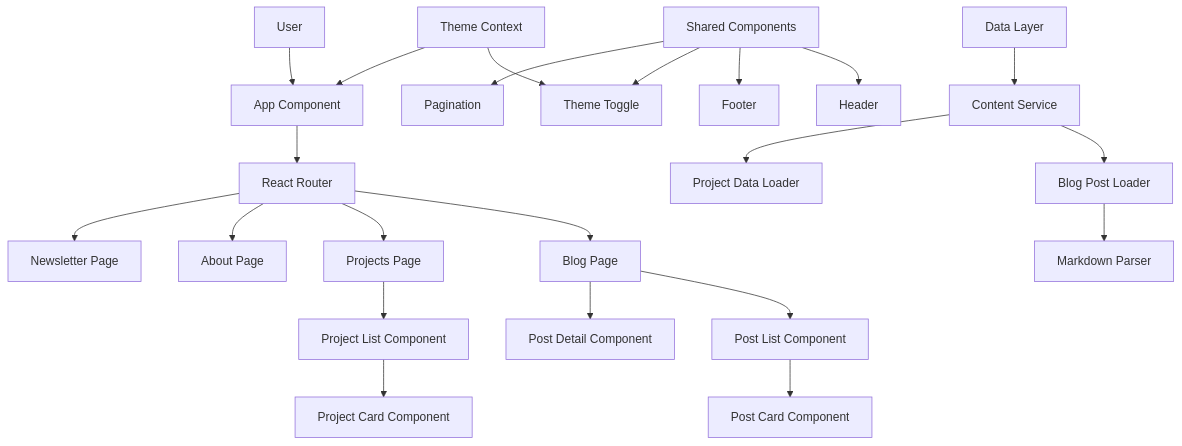
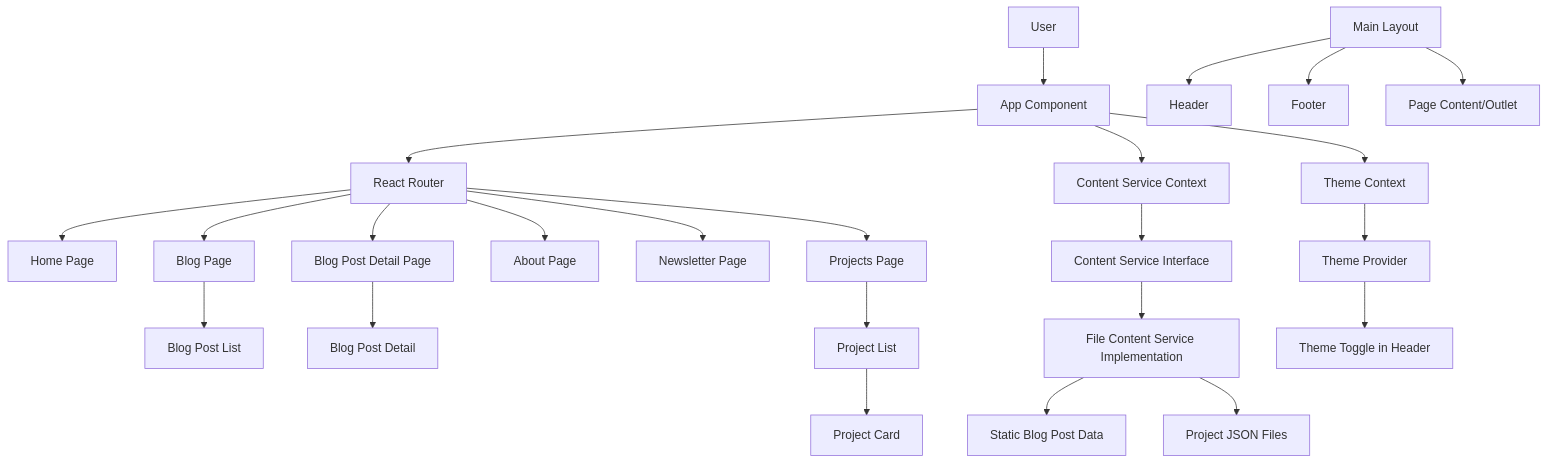
The first of 4 diagrams in memory-bank/systemPatterns.md (tatavarthiv/vijay-blog), drawn with Mermaid before and after one commit. The commit also changed other lines of this file and 25 other files, not shown here.

Commit message:
build generic card containers for blogs/projects, ui updates to match figma

````diff
--- a/memory-bank/systemPatterns.md
+++ b/memory-bank/systemPatterns.md
@@ -5,31 +5,33 @@
 ```mermaid
 graph TD
     User[User] --> App[App Component]
     App --> Router[React Router]
-    Router --> Blog[Blog Page]
-    Router --> Project[Projects Page]
-    Router --> About[About Page]
-    Router --> Newsletter[Newsletter Page]
+    App --> ThemeContext[Theme Context]
+    App --> ContentServiceContext[Content Service Context]
 
-    Blog --> PostList[Post List Component]
-    Blog --> PostDetail[Post Detail Component]
+    Router --> HomePage[Home Page]
+    Router --> BlogPage[Blog Page]
+    Router --> ProjectsPage[Projects Page]
+    Router --> AboutPage[About Page]
+    Router --> NewsletterPage[Newsletter Page]
+    Router --> BlogPostPage[Blog Post Detail Page]
 
-    PostList --> PostCard[Post Card Component]
+    BlogPage --> BlogPostList[Blog Post List]
+    BlogPostPage --> BlogPostDetail[Blog Post Detail]
 
-    Project --> ProjectList[Project List Component]
-    ProjectList --> ProjectCard[Project Card Component]
+    ProjectsPage --> ProjectList[Project List]
+    ProjectList --> ProjectCard[Project Card]
 
-    SharedComponents[Shared Components] --> Header[Header]
-    SharedComponents --> Footer[Footer]
-    SharedComponents --> ThemeToggle[Theme Toggle]
-    SharedComponents --> Pagination[Pagination]
+    MainLayout[Main Layout] --> Header[Header]
+    MainLayout[Main Layout] --> Footer[Footer]
+    MainLayout[Main Layout] --> Outlet[Page Content/Outlet]
 
-    DataLayer[Data Layer] --> ContentService[Content Service]
-    ContentService --> BlogPostLoader[Blog Post Loader]
-    ContentService --> ProjectDataLoader[Project Data Loader]
+    ContentServiceContext --> ContentService[Content Service Interface]
+    ContentService --> FileContentService[File Content Service Implementation]
 
-    BlogPostLoader --> MarkdownParser[Markdown Parser]
+    FileContentService --> BlogPostData[Static Blog Post Data]
+    FileContentService --> ProjectData[Project JSON Files]
 
-    ThemeContext[Theme Context] --> ThemeToggle
-    ThemeContext --> App
+    ThemeContext --> ThemeProvider[Theme Provider]
+    ThemeProvider --> ThemeToggle[Theme Toggle in Header]
 ```
````
